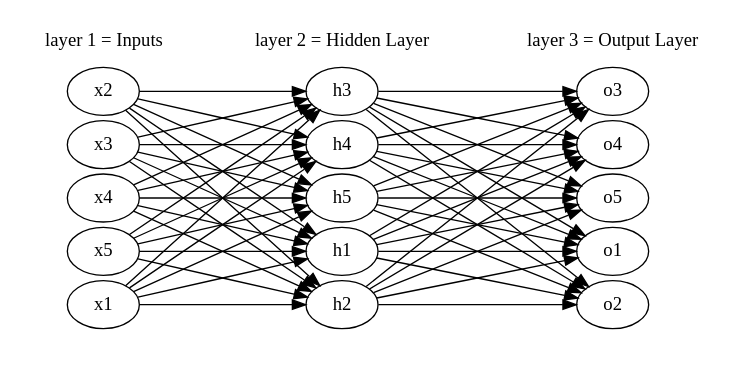
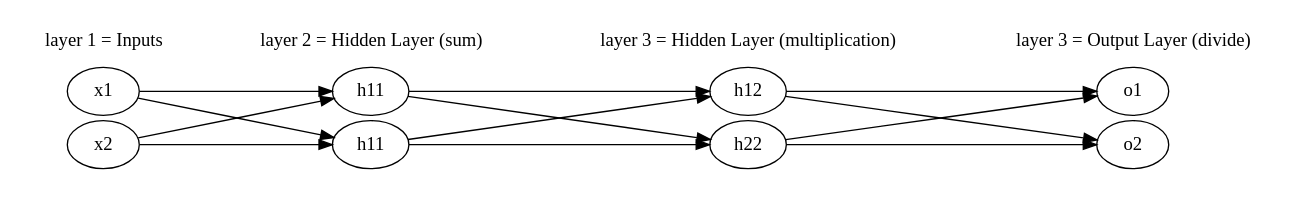
Before and after one commit to arturovivas/arturovivas.github.io: the second of 2 diagrams in blog/Tensor-flow-001.org, drawn with Graphviz. The commit also changed other lines of this file and 5 other files, not shown here.

```diff
--- a/blog/Tensor-flow-001.org
+++ b/blog/Tensor-flow-001.org
@@ -73,108 +73,67 @@
-#+BEGIN_SRC dot :export none  :file ./img/simple_graph_02.png :cmdline -Kdot -Tpng  :results output 
-digraph G {
+#+BEGIN_SRC dot :export none  :file ./img/s2.png :cmdline -Kdot -Tpng  :results output silent
+  digraph G {
 
-            rankdir=LR
-	    splines=line
-            nodesep=.05;
-            x1 [label="x1"];
-            x2 [label="x2"];
-            x3 [label="x3"];
-            x4 [label="x4"];
-            x5 [label="x5"];
+              rankdir=LR
+	      splines=line
+              nodesep=.05;
+              x1 [label="x1"];
+              x2 [label="x2"];
 
-            a12 [label="h1"];
-            a22 [label="h2"];
-            a32 [label="h3"];
-            a42 [label="h4"];
-            a52 [label="h5"];
+              a12 [label="h11"];
+              a22 [label="h11"];
+   
+              a13 [label="h12"];
+              a23 [label="h22"];
+  
+              a14 [label="o1"];
+              a24 [label="o2"];
 
-            a13 [label="o1"];
-            a23 [label="o2"];
-            a33 [label="o3"];
-            a43 [label="o4"];
-            a53 [label="o5"];
 
-            subgraph cluster_0 {
-		    color=white;
-                    node [style=solid,color=blue4, shape=circle];
-		    x1 x2 x3 x4 x5;
-		    label = "layer 1 = Inputs";
-	    }
+              subgraph cluster_0 {
+		      color=white;
+                      node [style=solid,color=blue4, shape=circle];
+		      x1 x2;
+		      label = "layer 1 = Inputs";
+	      }
 
-	    subgraph cluster_1 {
-		    color=white;
-		    node [style=solid,color=red2, shape=circle];
-		    a12 a22 a32 a42 a52;
-		    label = "layer 2 = Hidden Layer";
-	    }
+	      subgraph cluster_1 {
+		      color=white;
+		      node [style=solid,color=red2, shape=circle];
+		      a12 a22;
+		      label = "layer 2 = Hidden Layer (sum)";
+	      }
 
-            subgraph cluster_3 {
-		    color=white;
-		    node [style=solid,color=red2, shape=circle];
-		    a13 a23 a33 a43 a53;
-		    label = "layer 3 = Output Layer";
-	    }
+              subgraph cluster_3 {
+		      color=white;
+		      node [style=solid,color=red2, shape=circle];
+		      a13 a23;
+		      label = "layer 3 = Hidden Layer (multiplication)";
+	      }
 
-          x1 -> a12;
-          x1 -> a22;
-          x1 -> a32;
-          x1 -> a42;
-          x1 -> a52;
+             subgraph cluster_4 {
+		      color=white;
+		      node [style=solid,color=red2, shape=circle];
+		      a14 a24;
+		      label = "layer 3 = Output Layer (divide)";
+	      }
 
-          x2 -> a12;
-          x2 -> a22;
-          x2 -> a32;
-          x2 -> a42;
-          x2 -> a52;
- 
-          x3 -> a12;
-          x3 -> a22;
-          x3 -> a32;
-          x3 -> a42;
-          x3 -> a52;
+            x1 -> a12;
+            x1 -> a22;
 
-          x4 -> a12;
-          x4 -> a22;
-          x4 -> a32;
-          x4 -> a42;
-          x4 -> a52;
-          
-          x5 -> a12;
-          x5 -> a22;
-          x5 -> a32;
-          x5 -> a42;
-          x5 -> a52;
+            x2 -> a12;
+            x2 -> a22;
+             
+            a12 -> a13;
+            a12 -> a23;
 
-          a12 -> a13;
-          a12 -> a23;
-          a12 -> a33;
-          a12 -> a43;
-          a12 -> a53;
-          
-          a22 -> a13;
-          a22 -> a23;
-          a22 -> a33;
-          a22 -> a43;
-          a22 -> a53;
+            a22 -> a13;  
+            a22 -> a23;            
 
-          a32 -> a13;
-          a32 -> a23;
-          a32 -> a33;
-          a32 -> a43;
-          a32 -> a53;
+            a13 -> a14;
+            a13 -> a24;
 
-          a42 -> a13;
-          a42 -> a23;
-          a42 -> a33;
-          a42 -> a43;
-          a42 -> a53;
-
-          a52 -> a13;
-          a52 -> a23;
-          a52 -> a33;
-          a52 -> a43;
-          a52 -> a53;
-
-  }
+            a23 -> a14;
+            a23 -> a24; 
+    }
 
 #+END_SRC
```
